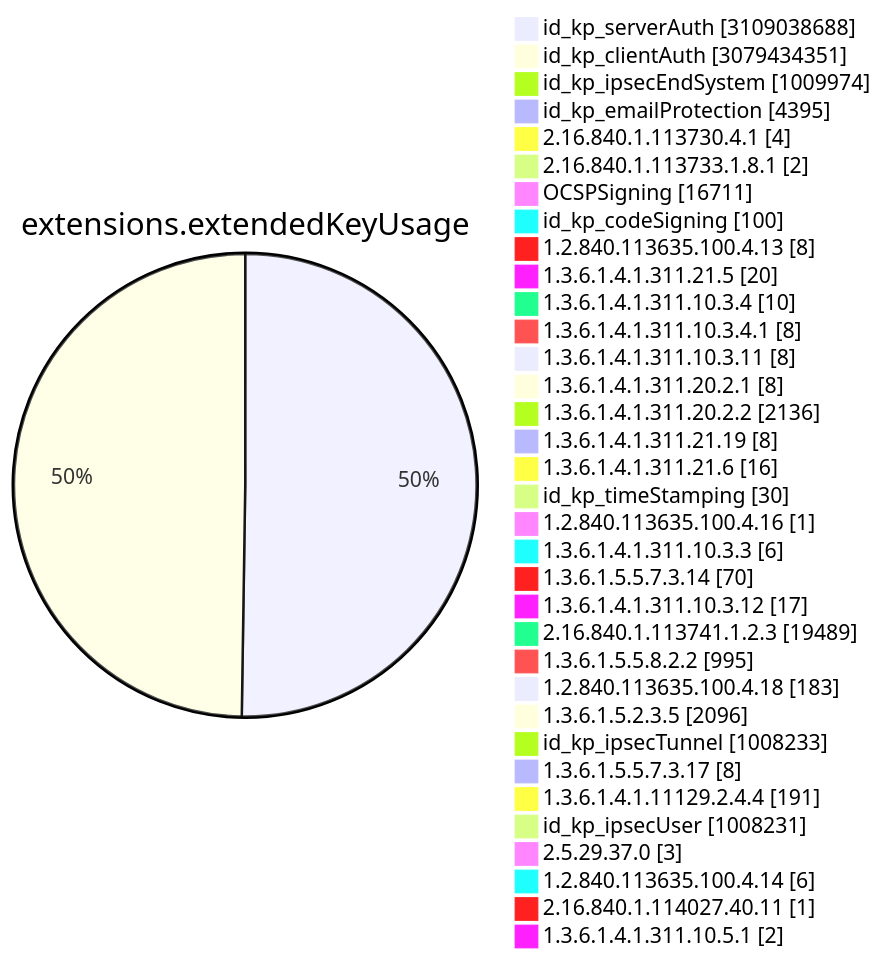
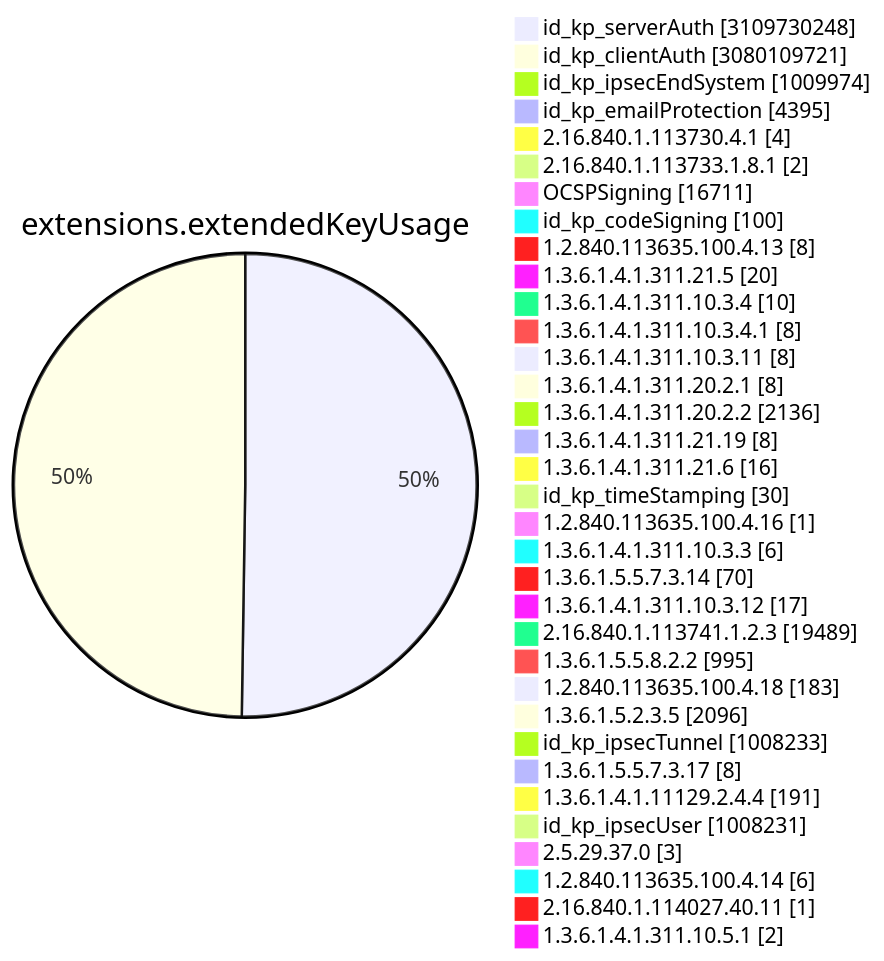
Before and after one commit to christiankrug/ctmonitor_visualization: diagram 11 of 15 in TOTAL/README.md, drawn with Mermaid. The commit also changed other lines of this file, not shown here.

````diff
--- a/TOTAL/README.md
+++ b/TOTAL/README.md
@@ -4119,38 +4119,38 @@
 ```mermaid
 pie showData
 title extensions.extendedKeyUsage
-"id_kp_serverAuth" :3109038688
-"id_kp_clientAuth" :3079434351
+"id_kp_serverAuth" :3109730248
+"id_kp_clientAuth" :3080109721
 "id_kp_ipsecEndSystem" :1009974
 "id_kp_emailProtection" :4395
 "2.16.840.1.113730.4.1" :4
 "2.16.840.1.113733.1.8.1" :2
 "OCSPSigning" :16711
 "id_kp_codeSigning" :100
 "1.2.840.113635.100.4.13" :8
 "1.3.6.1.4.1.311.21.5" :20
 "1.3.6.1.4.1.311.10.3.4" :10
 "1.3.6.1.4.1.311.10.3.4.1" :8
 "1.3.6.1.4.1.311.10.3.11" :8
 "1.3.6.1.4.1.311.20.2.1" :8
 "1.3.6.1.4.1.311.20.2.2" :2136
 "1.3.6.1.4.1.311.21.19" :8
 "1.3.6.1.4.1.311.21.6" :16
 "id_kp_timeStamping" :30
 "1.2.840.113635.100.4.16" :1
 "1.3.6.1.4.1.311.10.3.3" :6
 "1.3.6.1.5.5.7.3.14" :70
 "1.3.6.1.4.1.311.10.3.12" :17
 "2.16.840.1.113741.1.2.3" :19489
 "1.3.6.1.5.5.8.2.2" :995
 "1.2.840.113635.100.4.18" :183
 "1.3.6.1.5.2.3.5" :2096
 "id_kp_ipsecTunnel" :1008233
 "1.3.6.1.5.5.7.3.17" :8
 "1.3.6.1.4.1.11129.2.4.4" :191
 "id_kp_ipsecUser" :1008231
 "2.5.29.37.0" :3
 "1.2.840.113635.100.4.14" :6
 "2.16.840.1.114027.40.11" :1
 "1.3.6.1.4.1.311.10.5.1" :2
 ```
````
